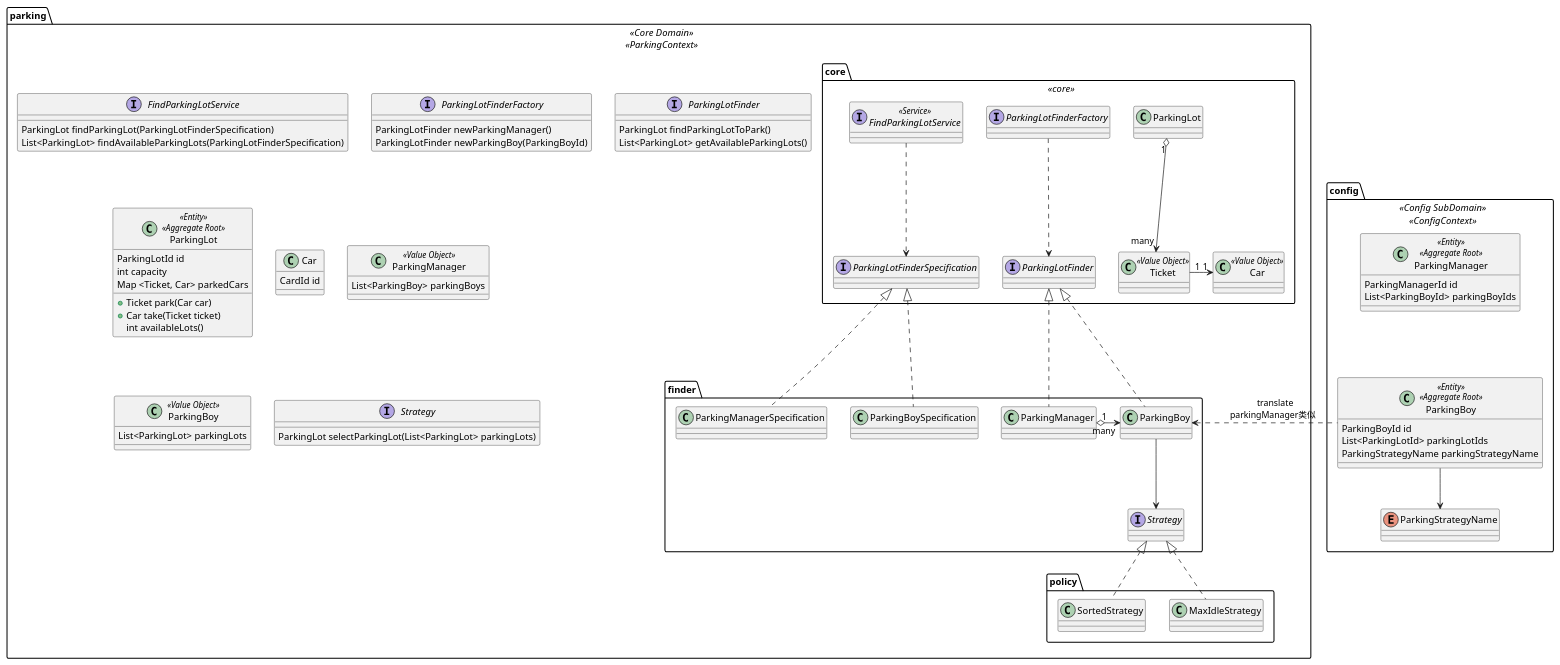
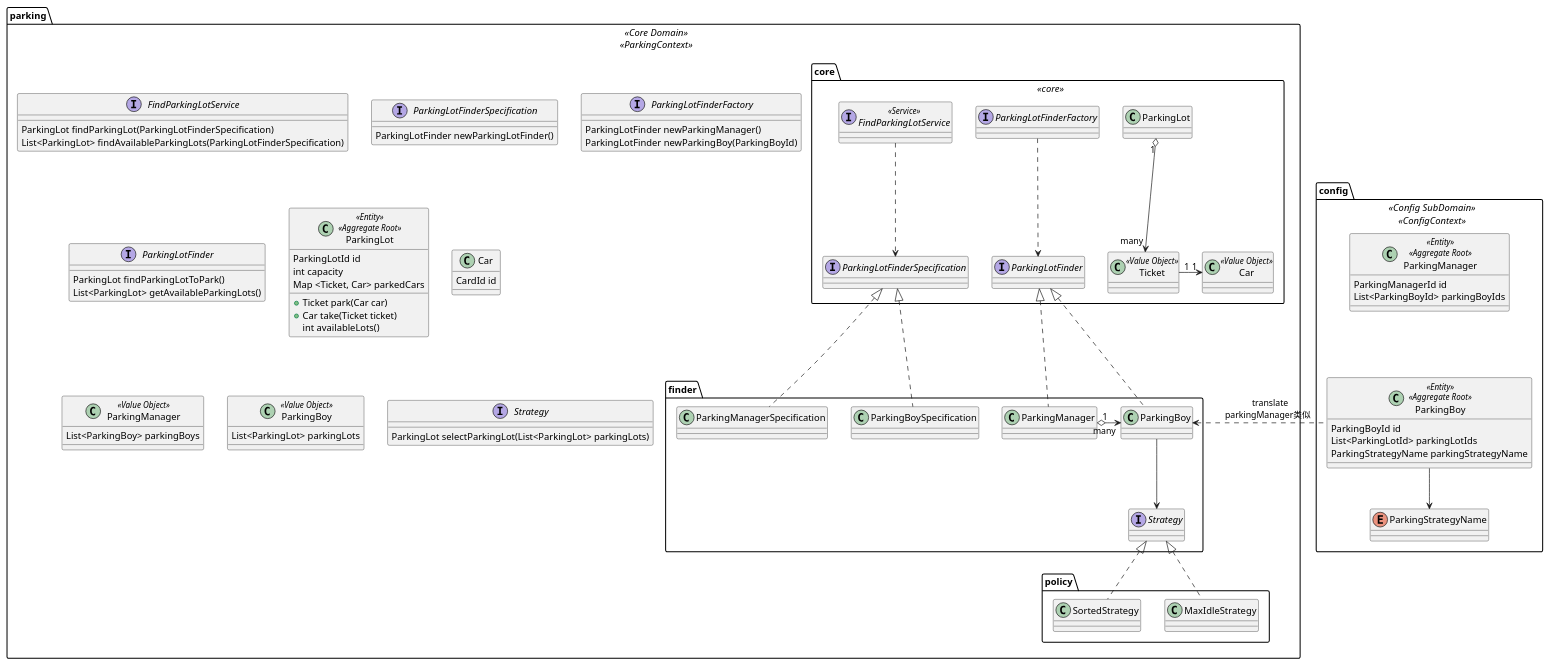
Before and after one commit to dlstonedl/ddd-practice: the diagram in src/main/resources/plantuml/ParkingLotsManagement.puml, drawn with PlantUML. The commit also changed 1 other file, not shown here.

Commit message:
update uml

```diff
--- a/src/main/resources/plantuml/ParkingLotsManagement.puml
+++ b/src/main/resources/plantuml/ParkingLotsManagement.puml
@@ -1,106 +1,110 @@
 @startuml
 
 namespace config <<Config SubDomain>> <<ConfigContext>> {
   class ParkingManager <<Entity>> <<Aggregate Root>> {
      ParkingManagerId id
      List<ParkingBoyId> parkingBoyIds
   }
   class ParkingBoy <<Entity>> <<Aggregate Root>> {
     ParkingBoyId id
     List<ParkingLotId> parkingLotIds
     ParkingStrategyName parkingStrategyName
   }
   enum ParkingStrategyName
   ParkingBoy --> ParkingStrategyName
 
   ParkingManager --[hidden] ParkingBoy
 }
 
 package parking <<Core Domain>> <<ParkingContext>>{
   package core <<core>> {
     interface FindParkingLotService <<Service>>
     interface ParkingLotFinderSpecification
     interface ParkingLotFinderFactory
     interface ParkingLotFinder
     class ParkingLot
     Class Ticket <<Value Object>>
     class Car <<Value Object>>
 
     FindParkingLotService .down.> ParkingLotFinderSpecification
     ParkingLotFinderFactory .down.> ParkingLotFinder
     ParkingLot "1" o-down-> "many" Ticket
     Ticket "1" -right-> "1" Car
 
     FindParkingLotService  -[hidden]right-  ParkingLotFinderFactory
     ParkingLotFinderFactory -[hidden]right- ParkingLot
   }
 
   package finder {
     class ParkingManager
     class ParkingBoy
     class ParkingManagerSpecification
     class ParkingBoySpecification
     interface Strategy
 
     ParkingManager ..up|> ParkingLotFinder
     ParkingBoy ..up|> ParkingLotFinder
 
     ParkingManager  "1" o--right> "many" ParkingBoy
     ParkingBoy -down-> Strategy
 
     ParkingManagerSpecification ..up|> ParkingLotFinderSpecification
     ParkingBoySpecification ..up|> ParkingLotFinderSpecification
 
     config.ParkingBoy ..left> ParkingBoy :"         translate\n        parkingManager类似 "
   }
 
   package policy {
     class SortedStrategy
     class MaxIdleStrategy
 
     SortedStrategy ..up|> Strategy
     MaxIdleStrategy ..up|> Strategy
   }
 
   interface FindParkingLotService {
       ParkingLot findParkingLot(ParkingLotFinderSpecification)
       List<ParkingLot> findAvailableParkingLots(ParkingLotFinderSpecification)
   }
 
+  interface ParkingLotFinderSpecification {
+    ParkingLotFinder newParkingLotFinder()
+  }
+
   interface ParkingLotFinderFactory {
     ParkingLotFinder newParkingManager()
     ParkingLotFinder newParkingBoy(ParkingBoyId)
   }
 
   interface ParkingLotFinder {
     ParkingLot findParkingLotToPark()
     List<ParkingLot> getAvailableParkingLots()
   }
 
   class ParkingLot <<Entity>> <<Aggregate Root>> {
       ParkingLotId id
       int capacity
       Map <Ticket, Car> parkedCars
 
       + Ticket park(Car car)
       + Car take(Ticket ticket)
       int availableLots()
   }
 
   Class Car {
     CardId id
   }
 
   class ParkingManager <<Value Object>> {
     List<ParkingBoy> parkingBoys
   }
 
   class ParkingBoy <<Value Object>> {
     List<ParkingLot> parkingLots
   }
 
   interface Strategy {
     ParkingLot selectParkingLot(List<ParkingLot> parkingLots)
   }
 }
 @enduml
```
